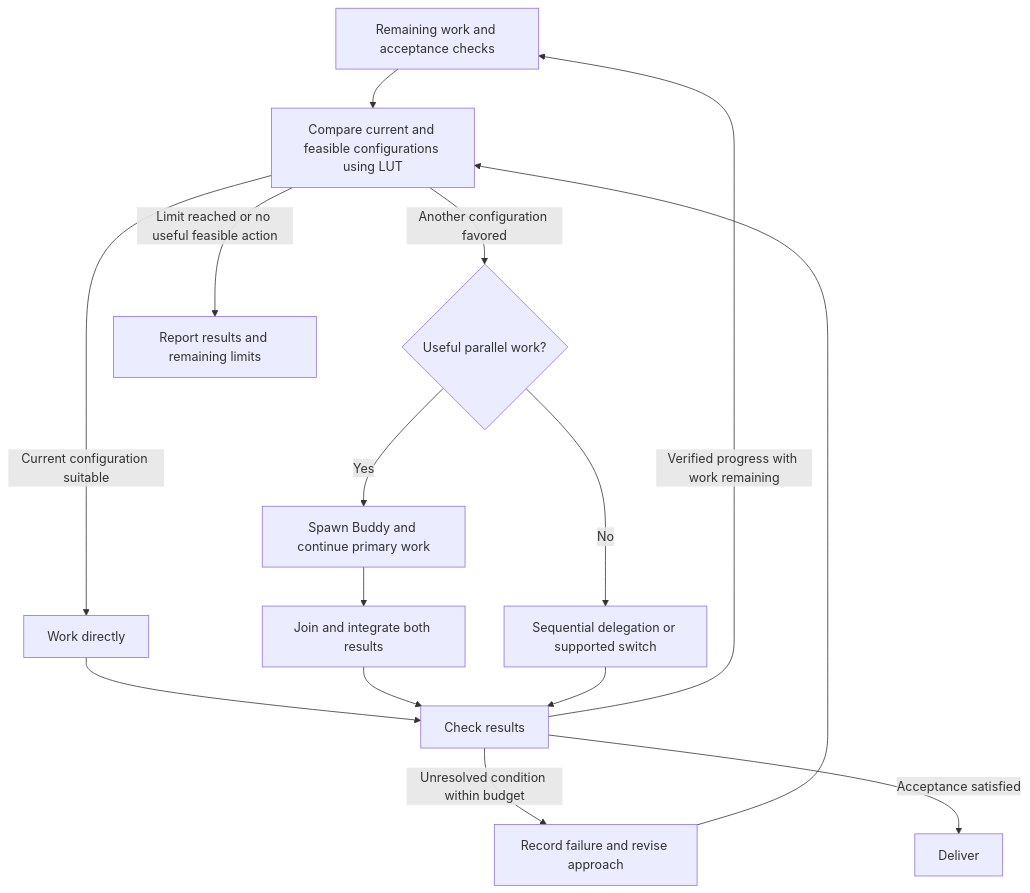
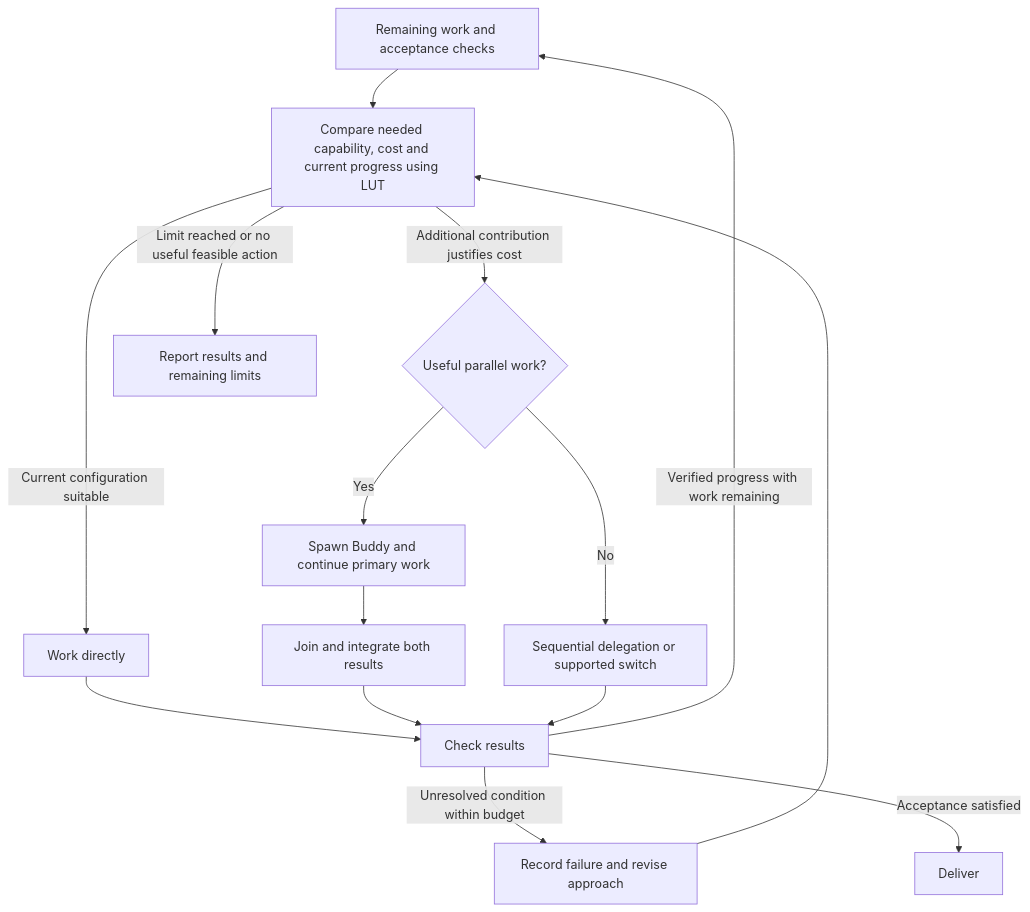
One commit to Unjuno/AgentMD changed the diagram in README.md. Above: the diagram before and after it, drawn with Mermaid. The commit also changed other lines of this file and 3 other files, not shown here.

Commit message:
fix: escalate by required capability and incremental resource cost

````diff
--- a/README.md
+++ b/README.md
@@ -7,17 +7,17 @@
 ```mermaid
 flowchart TD
-    W[Remaining work and acceptance checks] --> C[Compare current and feasible configurations using LUT]
+    W[Remaining work and acceptance checks] --> C[Compare needed capability, cost and current progress using LUT]
     C -->|Current configuration suitable| K[Work directly]
-    C -->|Another configuration favored| P{Useful parallel work?}
+    C -->|Additional contribution justifies cost| P{Useful parallel work?}
     P -->|Yes| B[Spawn Buddy and continue primary work]
     P -->|No| R[Sequential delegation or supported switch]
     K --> V[Check results]
     B --> J[Join and integrate both results]
     J --> V
     R --> V
     V -->|Verified progress with work remaining| W
     V -->|Unresolved condition within budget| F[Record failure and revise approach]
     F --> C
     V -->|Acceptance satisfied| D[Deliver]
     C -->|Limit reached or no useful feasible action| Z[Report results and remaining limits]
 ```
````
